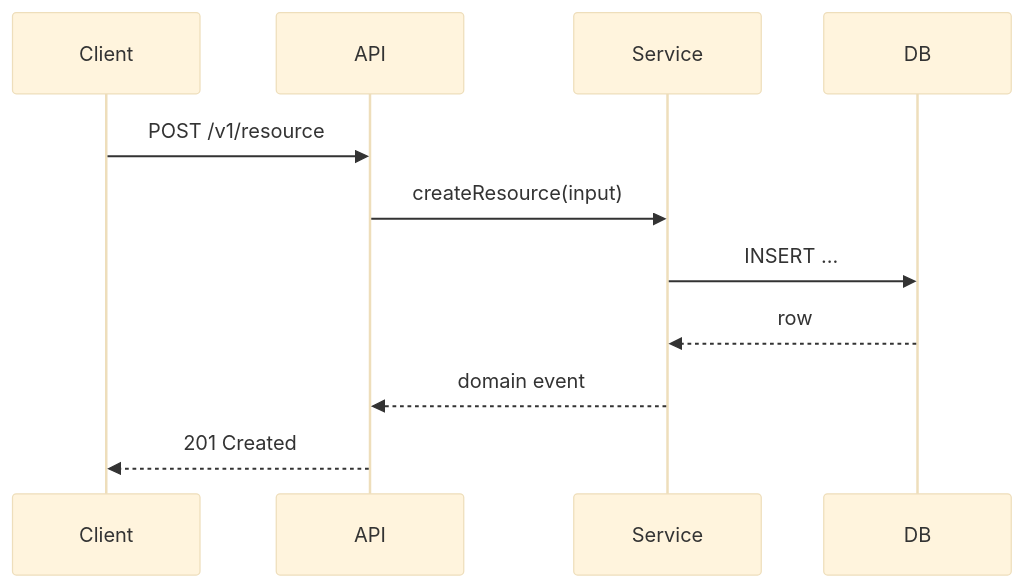
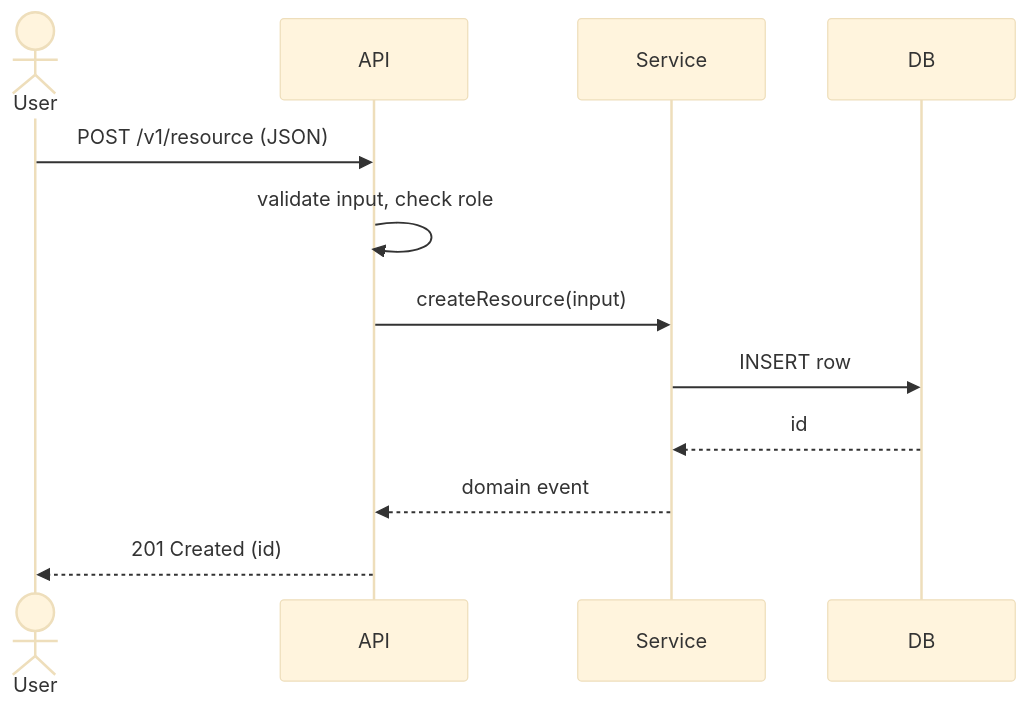
One commit to DLTKMandeep/sevaai-sdlc-toolkit changed the fourth of 6 diagrams in skills/sdlc-design/templates/artifact.md. Above: the diagram before and after it, drawn with Mermaid (base theme). The commit also changed other lines of this file and 12 other files, not shown here.

````diff
--- a/skills/sdlc-design/templates/artifact.md
+++ b/skills/sdlc-design/templates/artifact.md
@@ -87,9 +145,15 @@
 ```mermaid
 sequenceDiagram
-  Client->>API: POST /v1/resource
+  actor User
+  participant API
+  participant Service
+  participant DB
+
+  User->>API: POST /v1/resource (JSON)
+  API->>API: validate input, check role
   API->>Service: createResource(input)
-  Service->>DB: INSERT ...
-  DB-->>Service: row
+  Service->>DB: INSERT row
+  DB-->>Service: id
   Service-->>API: domain event
-  API-->>Client: 201 Created
+  API-->>User: 201 Created (id)
 ```
````
